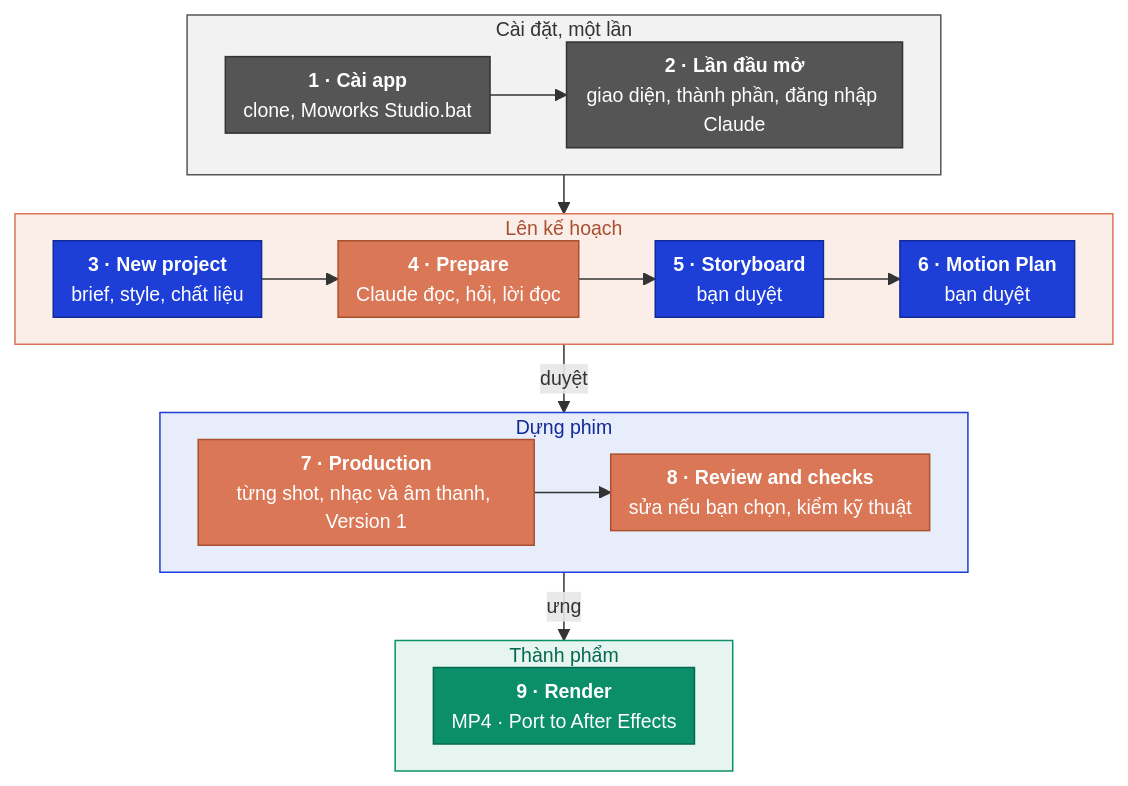
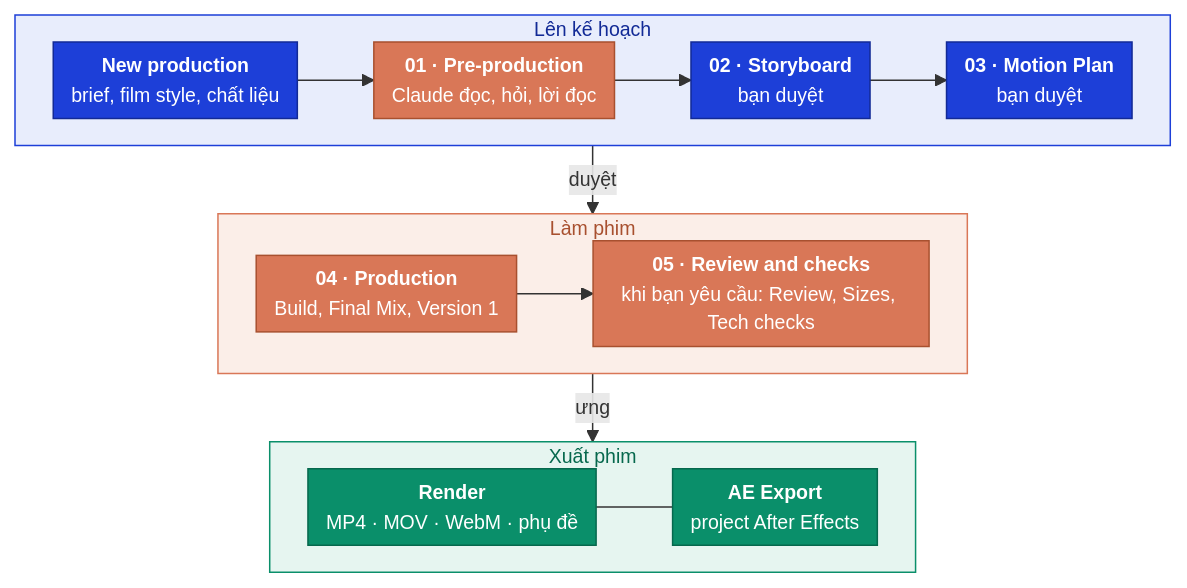
The diagram in docs/images/diagram-workflow.vi.mmd (moworksstudio/moworks-studio), drawn with Mermaid before and after one commit. The commit also changed 574 other files, not shown here.

Commit message:
Moworks Studio 0.8.214.7

```diff
--- a/docs/images/diagram-workflow.vi.mmd
+++ b/docs/images/diagram-workflow.vi.mmd
@@ -1,32 +1,25 @@
 %%{init: {"themeVariables": {"fontSize": "13px"}, "flowchart": {"nodeSpacing": 16, "rankSpacing": 26, "padding": 6}}}%%
 flowchart TB
-    subgraph P1["Cài đặt, một lần"]
+    subgraph P1["Lên kế hoạch"]
         direction LR
-        S1["<b>1 · Cài app</b><br/>clone, Moworks Studio.bat"] --> S2["<b>2 · Lần đầu mở</b><br/>giao diện, thành phần, đăng nhập Claude"]
+        S0["<b>New production</b><br/>brief, film style, chất liệu"] --> S1["<b>01 · Pre-production</b><br/>Claude đọc, hỏi, lời đọc"] --> S2["<b>02 · Storyboard</b><br/>bạn duyệt"] --> S3["<b>03 · Motion Plan</b><br/>bạn duyệt"]
     end
-    subgraph P2["Lên kế hoạch"]
+    subgraph P2["Làm phim"]
         direction LR
-        S3["<b>3 · New project</b><br/>brief, style, chất liệu"] --> S4["<b>4 · Prepare</b><br/>Claude đọc, hỏi, lời đọc"] --> S5["<b>5 · Storyboard</b><br/>bạn duyệt"] --> S6["<b>6 · Motion Plan</b><br/>bạn duyệt"]
+        S4["<b>04 · Production</b><br/>Build, Final Mix, Version 1"] --> S5["<b>05 · Review and checks</b><br/>khi bạn yêu cầu: Review, Sizes, Tech checks"]
     end
-    subgraph P3["Dựng phim"]
+    subgraph P3["Xuất phim"]
         direction LR
-        S7["<b>7 · Production</b><br/>từng shot, nhạc và âm thanh, Version 1"] --> S8["<b>8 · Review and checks</b><br/>sửa nếu bạn chọn, kiểm kỹ thuật"]
+        S6["<b>Render</b><br/>MP4 · MOV · WebM · phụ đề"] --- S7["<b>AE Export</b><br/>project After Effects"]
     end
-    subgraph P4["Thành phẩm"]
-        direction LR
-        S9["<b>9 · Render</b><br/>MP4 · Port to After Effects"]
-    end
-    P1 --> P2 -- "duyệt" --> P3 -- "ưng" --> P4
+    P1 -- "duyệt" --> P2 -- "ưng" --> P3
 
-    classDef setup fill:#555555,stroke:#333333,color:#ffffff
     classDef claude fill:#d97757,stroke:#a8502f,color:#ffffff
     classDef user fill:#1d3fd8,stroke:#122a96,color:#ffffff
     classDef out fill:#0a8f6a,stroke:#06684d,color:#ffffff
-    class S1,S2 setup
-    class S4,S7,S8 claude
-    class S3,S5,S6 user
-    class S9 out
-    style P1 fill:#f2f2f2,stroke:#555555,color:#333333
+    class S1,S4,S5 claude
+    class S0,S2,S3 user
+    class S6,S7 out
+    style P1 fill:#e8edfc,stroke:#1d3fd8,color:#122a96
     style P2 fill:#fbeee8,stroke:#d97757,color:#a8502f
-    style P3 fill:#e8edfc,stroke:#1d3fd8,color:#122a96
-    style P4 fill:#e6f5f0,stroke:#0a8f6a,color:#06684d
+    style P3 fill:#e6f5f0,stroke:#0a8f6a,color:#06684d
```
